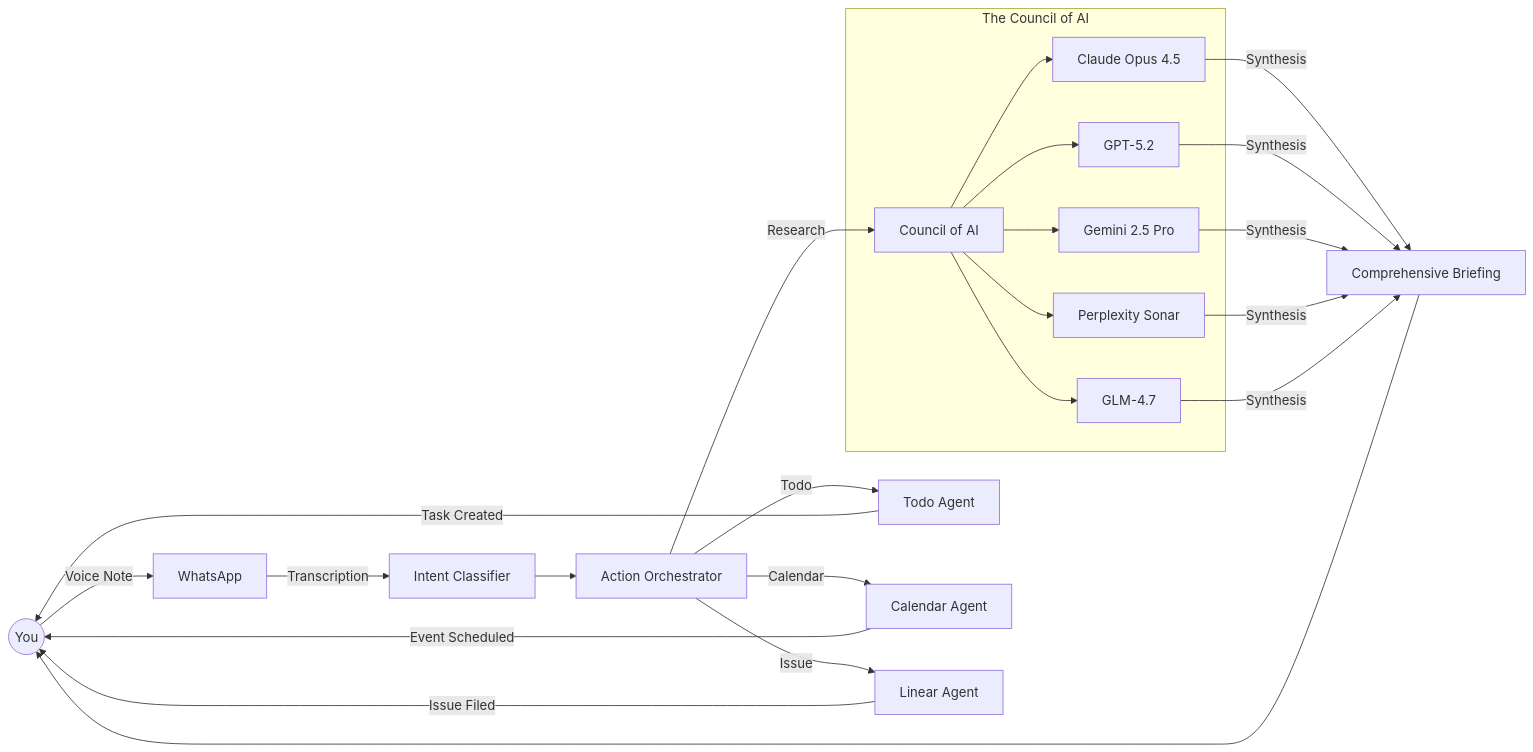
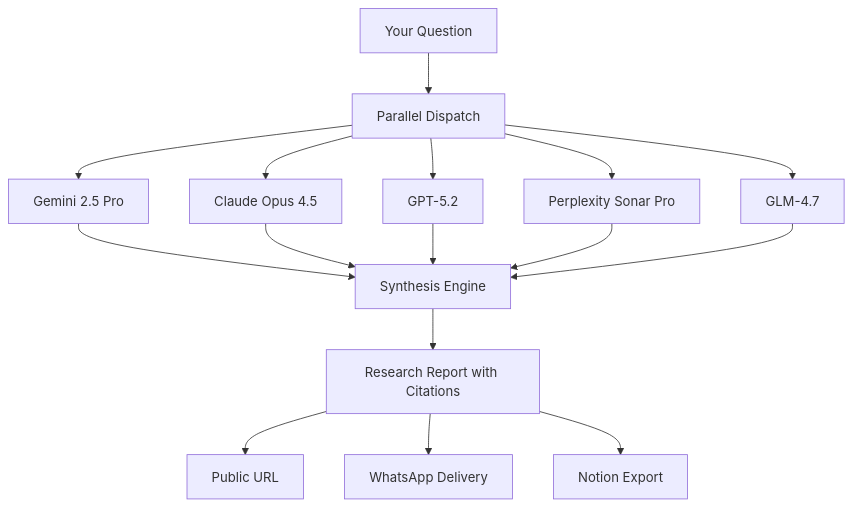
One commit to pbuchman/intexuraos changed the second of 3 diagrams in README.md. Above: the diagram before and after it, drawn with Mermaid. The commit also changed other lines of this file and 3 other files, not shown here.

````diff
--- a/README.md
+++ b/README.md
@@ -35,26 +98,16 @@
 ```mermaid
-graph LR
-    U((You)) -->|Voice Note| WA[WhatsApp]
-    WA -->|Transcription| CMD[Intent Classifier]
+graph TB
+    Q[Your Question] --> P[Parallel Dispatch]
 
-    CMD --> AA[Action Orchestrator]
+    P --> Gemini[Gemini 2.5 Pro]
+    P --> Claude[Claude Opus 4.5]
+    P --> GPT[GPT-5.2]
+    P --> Sonar[Perplexity Sonar Pro]
+    P --> GLM[GLM-4.7]
 
-    AA -->|"Research"| Council[Council of AI]
-    AA -->|"Todo"| Todos[Todo Agent]
-    AA -->|"Calendar"| Cal[Calendar Agent]
-    AA -->|"Issue"| Linear[Linear Agent]
-
-    subgraph "The Council of AI"
-        Council --> Claude[Claude Opus 4.5]
-        Council --> GPT[GPT-5.2]
-        Council --> Gemini[Gemini 2.5 Pro]
-        Council --> Sonar[Perplexity Sonar]
-        Council --> GLM[GLM-4.7]
-    end
-
-    Claude & GPT & Gemini & Sonar & GLM -->|Synthesis| Report[Comprehensive Briefing]
-    Report --> U
-    Todos -->|"Task Created"| U
-    Cal -->|"Event Scheduled"| U
-    Linear -->|"Issue Filed"| U
+    Gemini & Claude & GPT & Sonar & GLM --> S[Synthesis Engine]
+    S --> R[Research Report with Citations]
+    R --> Share[Public URL]
+    R --> WA2[WhatsApp Delivery]
+    R --> Notion[Notion Export]
 ```
````
